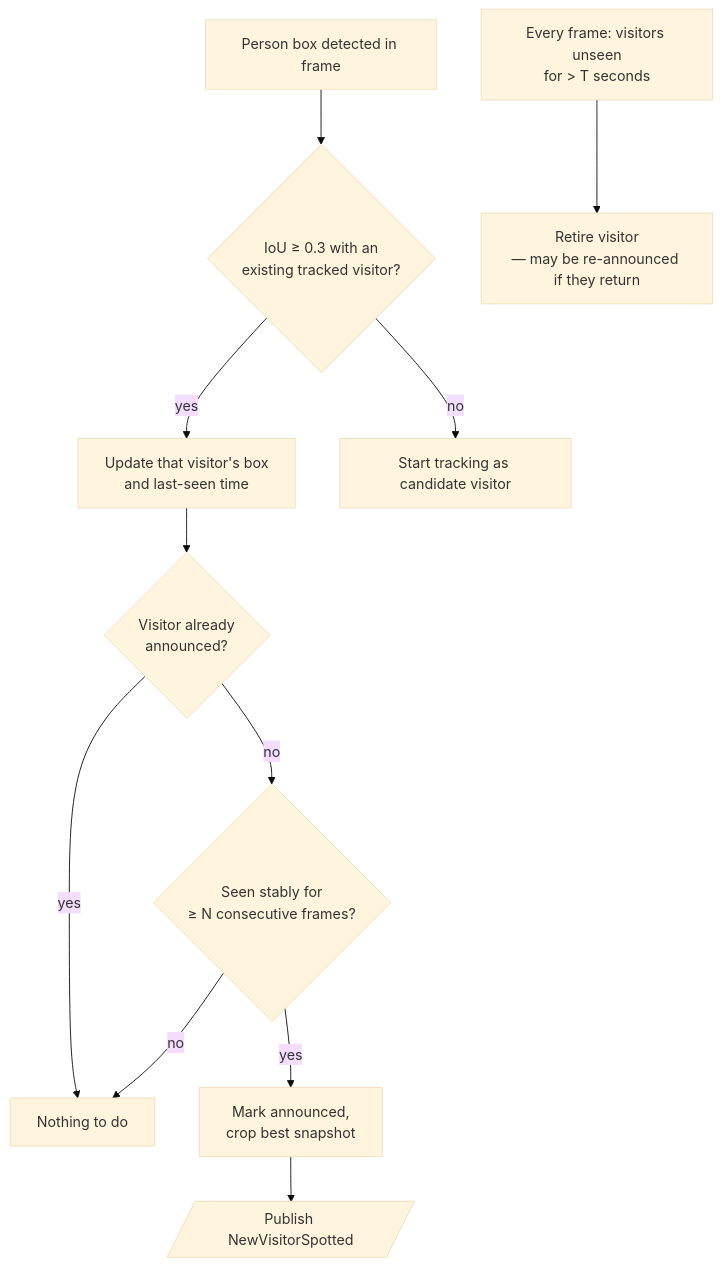
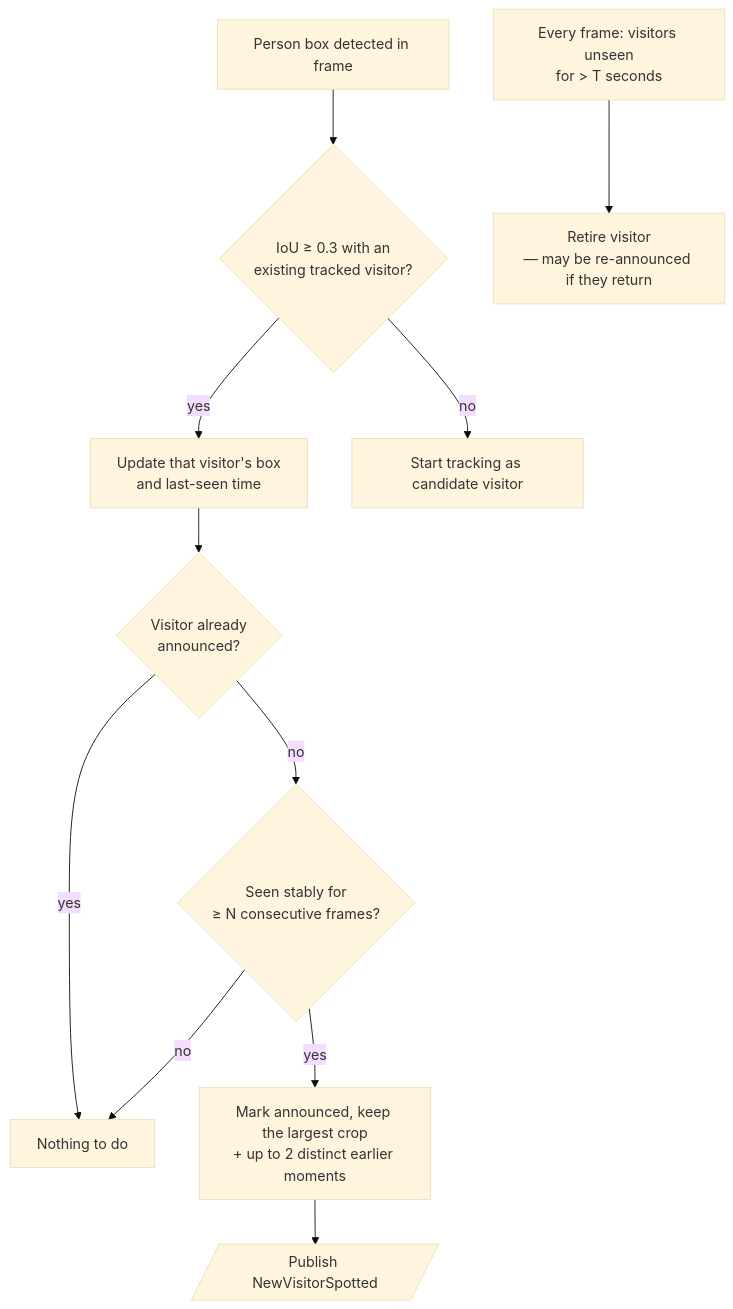
The third of 5 diagrams in docs/architecture.md (rwaggoner/pi-costume-spotter), drawn with Mermaid (base theme) before and after one commit. The commit also changed other lines of this file and 1 other file, not shown here.

First line of the commit message:
docs: refresh architecture + README for this session's design changes

````diff
--- a/docs/architecture.md
+++ b/docs/architecture.md
@@ -125,13 +125,13 @@
 ```mermaid
 flowchart TD
     A[Person box detected in frame] --> B{IoU ≥ 0.3 with an<br/>existing tracked visitor?}
     B -- yes --> C[Update that visitor's box<br/>and last-seen time]
     C --> D{Visitor already<br/>announced?}
     D -- yes --> E[Nothing to do]
     D -- no --> F{Seen stably for<br/>≥ N consecutive frames?}
     F -- no --> E
-    F -- yes --> G[Mark announced,<br/>crop best snapshot]
+    F -- yes --> G[Mark announced, keep the largest crop<br/>+ up to 2 distinct earlier moments]
     G --> H[/Publish NewVisitorSpotted/]
     B -- no --> I[Start tracking as candidate visitor]
     J[Every frame: visitors unseen<br/>for > T seconds] --> K[Retire visitor<br/>— may be re-announced if they return]
 ```
````
